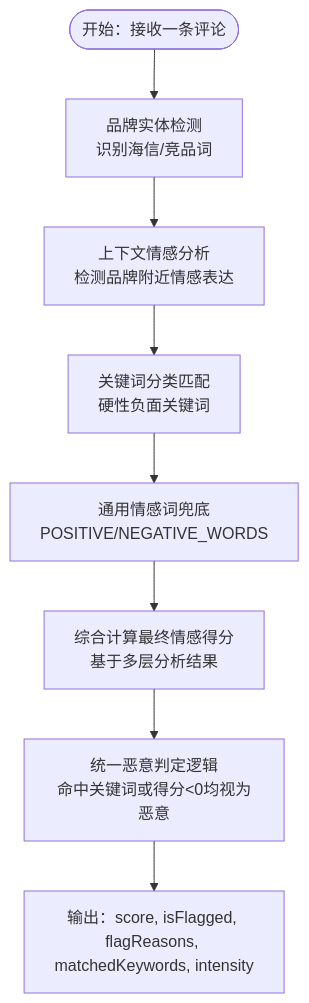
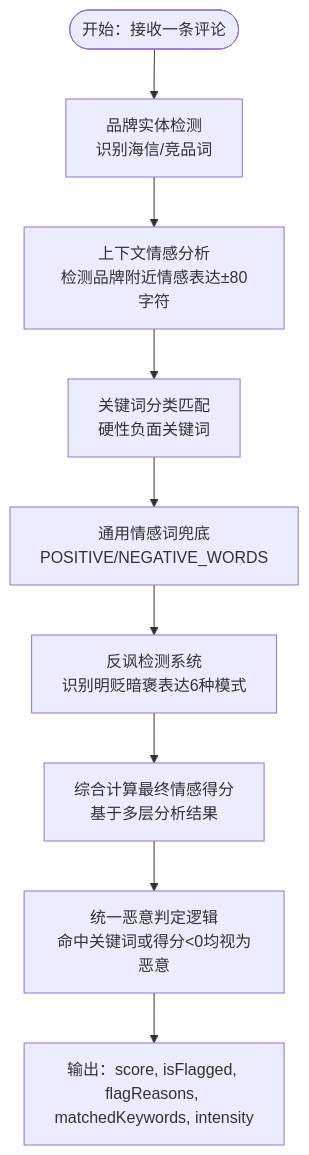
Before and after one commit to zezzezzez/reddit: the fourth of 10 diagrams in .qoder/repowiki/zh/content/核心模块/情感分析引擎.md, drawn with Mermaid. The commit also changed other lines of this file and 21 other files, not shown here.

````diff
--- a/.qoder/repowiki/zh/content/核心模块/情感分析引擎.md
+++ b/.qoder/repowiki/zh/content/核心模块/情感分析引擎.md
@@ -218,10 +280,11 @@
 ```mermaid
 flowchart TD
 Start(["开始：接收一条评论"]) --> BrandDetect["品牌实体检测<br/>识别海信/竞品词"]
-BrandDetect --> ContextAnalyze["上下文情感分析<br/>检测品牌附近情感表达"]
+BrandDetect --> ContextAnalyze["上下文情感分析<br/>检测品牌附近情感表达±80字符"]
 ContextAnalyze --> KeywordMatch["关键词分类匹配<br/>硬性负面关键词"]
 KeywordMatch --> GenericEmotion["通用情感词兜底<br/>POSITIVE/NEGATIVE_WORDS"]
-GenericEmotion --> FinalCalc["综合计算最终情感得分<br/>基于多层分析结果"]
+GenericEmotion --> IronyDetect["反讽检测系统<br/>识别明贬暗褒表达6种模式"]
+IronyDetect --> FinalCalc["综合计算最终情感得分<br/>基于多层分析结果"]
 FinalCalc --> UnifiedCheck["统一恶意判定逻辑<br/>命中关键词或得分<0均视为恶意"]
 UnifiedCheck --> Output["输出：score, isFlagged, flagReasons, matchedKeywords, intensity"]
 ```
````
